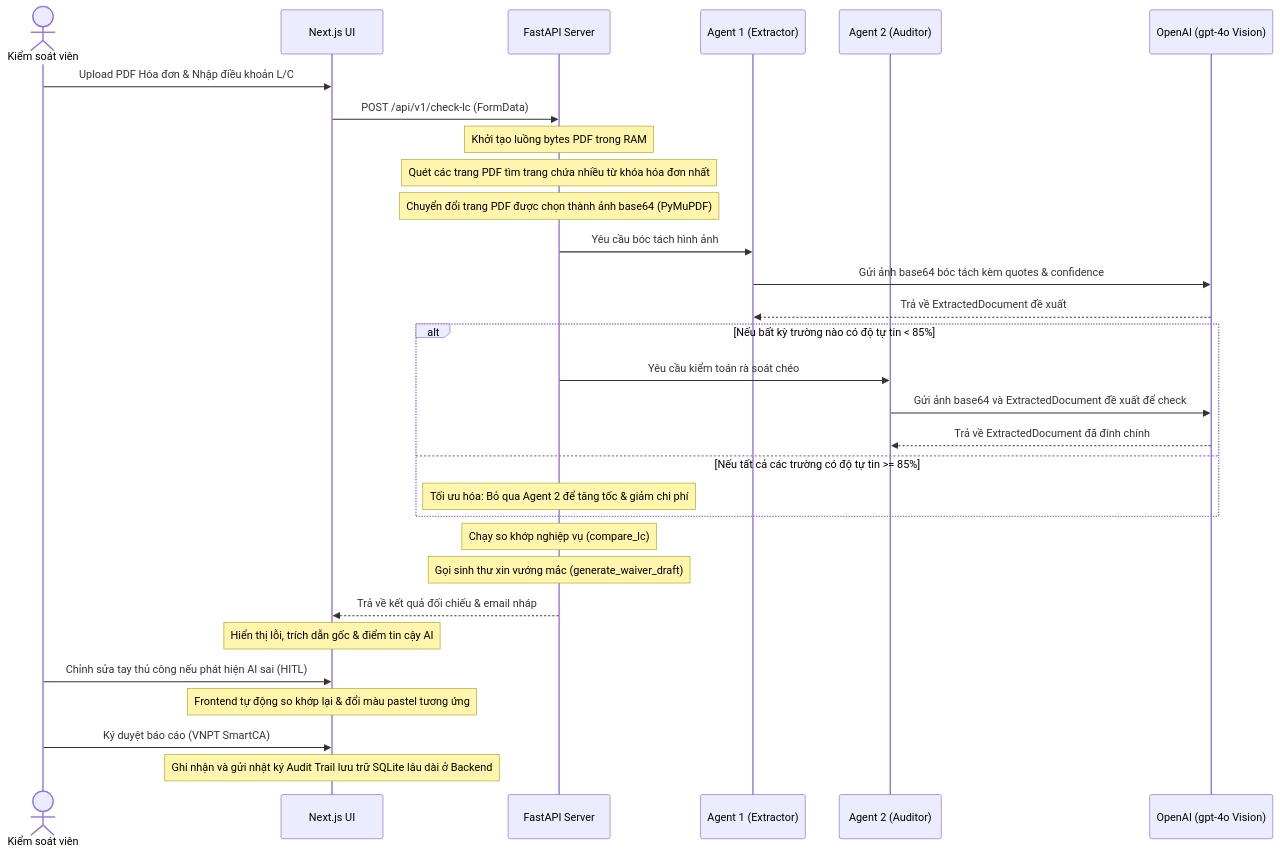
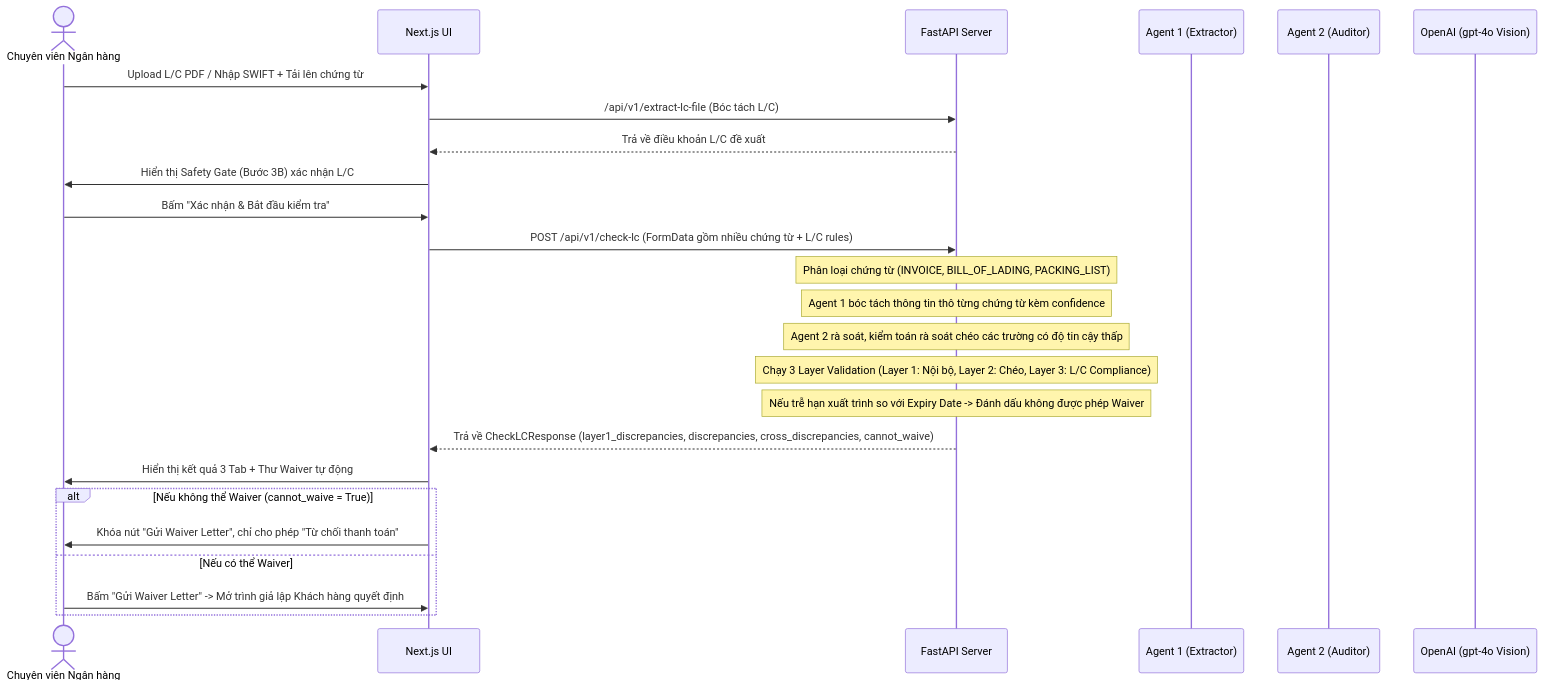
One commit to huzy179/HackathonCodex changed the diagram in Architecture.md. Above: the diagram before and after it, drawn with Mermaid. The commit also changed other lines of this file and 10 other files, not shown here.

Commit message:
feat: implement full-stack L/C document extraction, discrepancy checking, and audit trail system

````diff
--- a/Architecture.md
+++ b/Architecture.md
@@ -27,33 +28,28 @@
 ```mermaid
 sequenceDiagram
-    actor User as Kiểm soát viên
+    actor Banker as Chuyên viên Ngân hàng
     participant FE as Next.js UI
     participant BE as FastAPI Server
     participant AG1 as Agent 1 (Extractor)
     participant AG2 as Agent 2 (Auditor)
     participant OpenAI as OpenAI (gpt-4o Vision)
 
-    User->>FE: Upload PDF Hóa đơn & Nhập điều khoản L/C
-    FE->>BE: POST /api/v1/check-lc (FormData)
-    Note over BE: Khởi tạo luồng bytes PDF trong RAM
-    Note over BE: Quét các trang PDF tìm trang chứa nhiều từ khóa hóa đơn nhất
-    Note over BE: Chuyển đổi trang PDF được chọn thành ảnh base64 (PyMuPDF)
-    BE->>AG1: Yêu cầu bóc tách hình ảnh
-    AG1->>OpenAI: Gửi ảnh base64 bóc tách kèm quotes & confidence
-    OpenAI-->>AG1: Trả về ExtractedDocument đề xuất
-    alt Nếu bất kỳ trường nào có độ tự tin < 85%
-        BE->>AG2: Yêu cầu kiểm toán rà soát chéo
-        AG2->>OpenAI: Gửi ảnh base64 và ExtractedDocument đề xuất để check
-        OpenAI-->>AG2: Trả về ExtractedDocument đã đính chính
-    else Nếu tất cả các trường có độ tự tin >= 85%
-        Note over BE: Tối ưu hóa: Bỏ qua Agent 2 để tăng tốc & giảm chi phí
+    Banker->>FE: Upload L/C PDF / Nhập SWIFT + Tải lên chứng từ
+    FE->>BE: /api/v1/extract-lc-file (Bóc tách L/C)
+    BE-->>FE: Trả về điều khoản L/C đề xuất
+    FE->>Banker: Hiển thị Safety Gate (Bước 3B) xác nhận L/C
+    Banker->>FE: Bấm "Xác nhận & Bắt đầu kiểm tra"
+    FE->>BE: POST /api/v1/check-lc (FormData gồm nhiều chứng từ + L/C rules)
+    Note over BE: Phân loại chứng từ (INVOICE, BILL_OF_LADING, PACKING_LIST)
+    Note over BE: Agent 1 bóc tách thông tin thô từng chứng từ kèm confidence
+    Note over BE: Agent 2 rà soát, kiểm toán rà soát chéo các trường có độ tin cậy thấp
+    Note over BE: Chạy 3 Layer Validation (Layer 1: Nội bộ, Layer 2: Chéo, Layer 3: L/C Compliance)
+    Note over BE: Nếu trễ hạn xuất trình so với Expiry Date -> Đánh dấu không được phép Waiver
+    BE-->>FE: Trả về CheckLCResponse (layer1_discrepancies, discrepancies, cross_discrepancies, cannot_waive)
+    FE->>Banker: Hiển thị kết quả 3 Tab + Thư Waiver tự động
+    alt Nếu không thể Waiver (cannot_waive = True)
+        FE->>Banker: Khóa nút "Gửi Waiver Letter", chỉ cho phép "Từ chối thanh toán"
+    else Nếu có thể Waiver
+        Banker->>FE: Bấm "Gửi Waiver Letter" -> Mở trình giả lập Khách hàng quyết định
     end
-    Note over BE: Chạy so khớp nghiệp vụ (compare_lc)
-    Note over BE: Gọi sinh thư xin vướng mắc (generate_waiver_draft)
-    BE-->>FE: Trả về kết quả đối chiếu & email nháp
-    Note over FE: Hiển thị lỗi, trích dẫn gốc & điểm tin cậy AI
-    User->>FE: Chỉnh sửa tay thủ công nếu phát hiện AI sai (HITL)
-    Note over FE: Frontend tự động so khớp lại & đổi màu pastel tương ứng
-    User->>FE: Ký duyệt báo cáo (VNPT SmartCA)
-    Note over FE: Ghi nhận và gửi nhật ký Audit Trail lưu trữ SQLite lâu dài ở Backend
 ```
````
